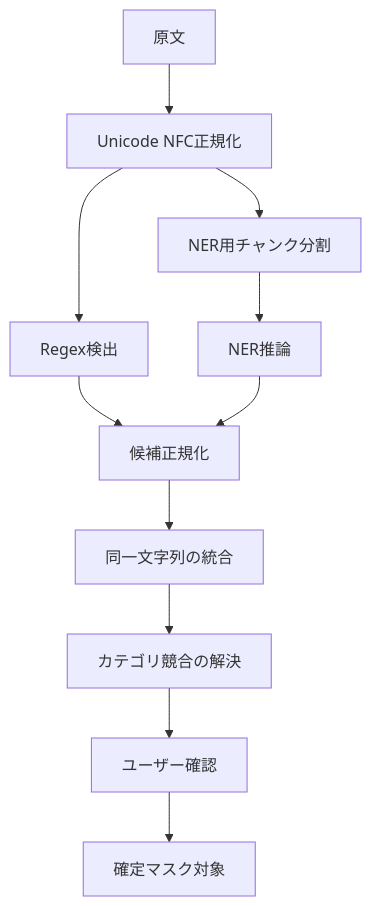
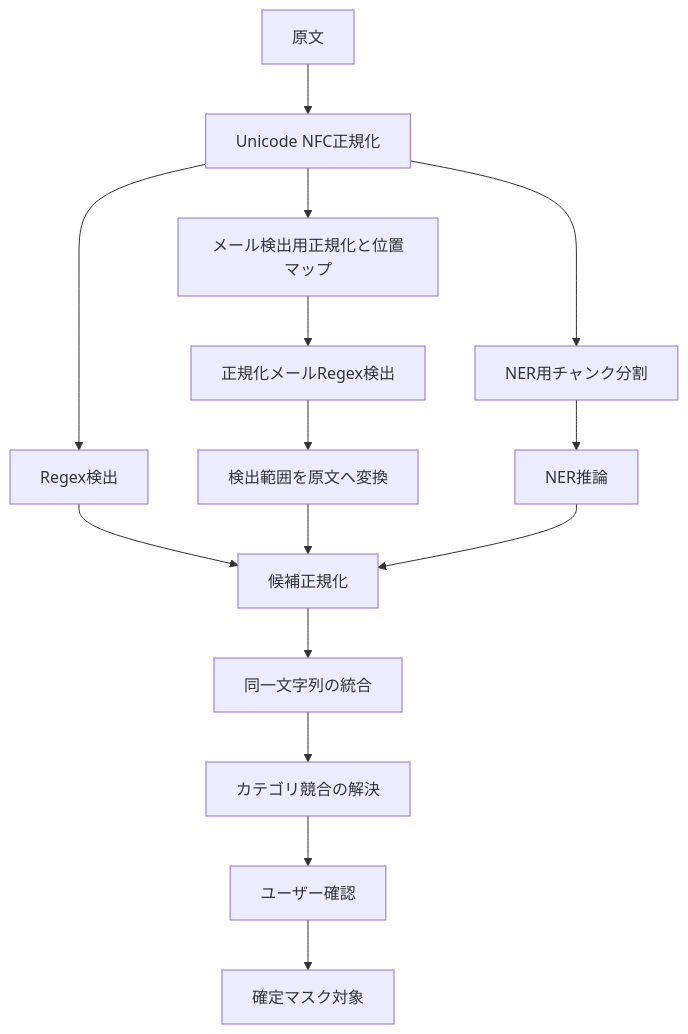
One commit to Bamboosato/local-pii-masker changed the third of 5 diagrams in docs/architecture.md. Above: the diagram before and after it, drawn with Mermaid. The commit also changed other lines of this file and 63 other files, not shown here.

````diff
--- a/docs/architecture.md
+++ b/docs/architecture.md
@@ -278,13 +281,17 @@
 ```mermaid
 flowchart TD
     A[原文] --> B[Unicode NFC正規化]
     B --> C[Regex検出]
+    B --> K[メール検出用正規化と位置マップ]
+    K --> L[正規化メールRegex検出]
+    L --> M[検出範囲を原文へ変換]
     B --> D[NER用チャンク分割]
     D --> E[NER推論]
     C --> F[候補正規化]
+    M --> F
     E --> F
     F --> G[同一文字列の統合]
     G --> H[カテゴリ競合の解決]
     H --> I[ユーザー確認]
     I --> J[確定マスク対象]
 ```
````
